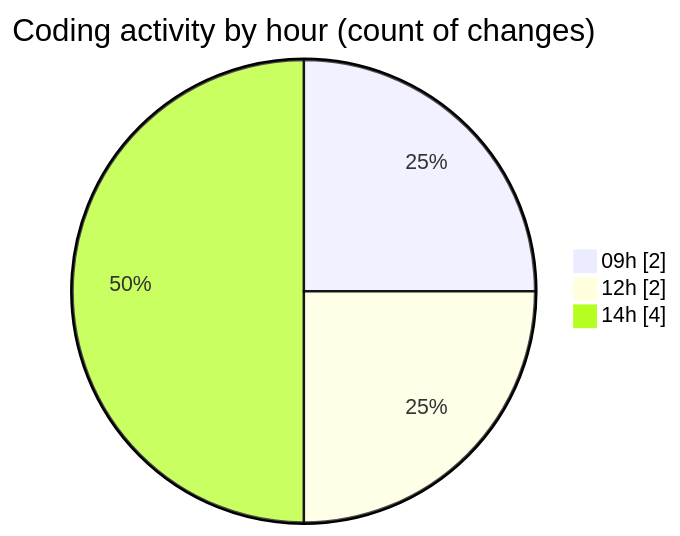
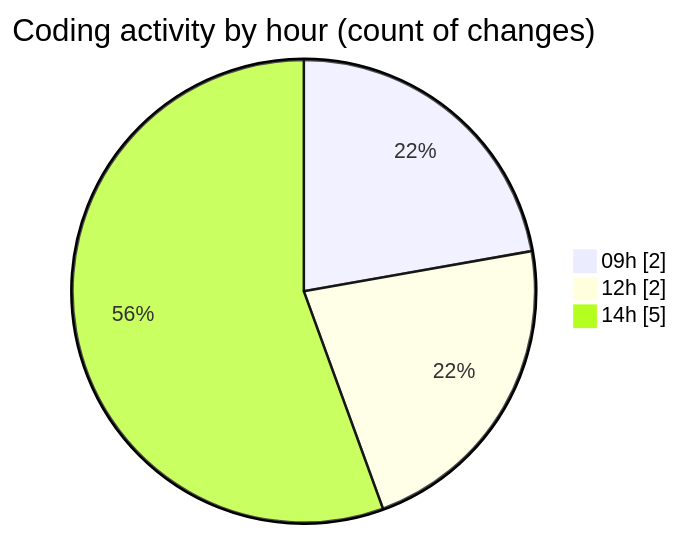
Before and after one commit to ricardozamudiocil/code-tracking: the second of 2 diagrams in 2026-03-12/cilapp/README.md, drawn with Mermaid. The commit also changed other lines of this file and 1 other file, not shown here.

````diff
--- a/2026-03-12/cilapp/README.md
+++ b/2026-03-12/cilapp/README.md
@@ -32,7 +32,7 @@
 ```mermaid
 pie showData
 title Coding activity by hour (count of changes)
 "09h" : 2
 "12h" : 2
-"14h" : 4
+"14h" : 5
 ```
````
